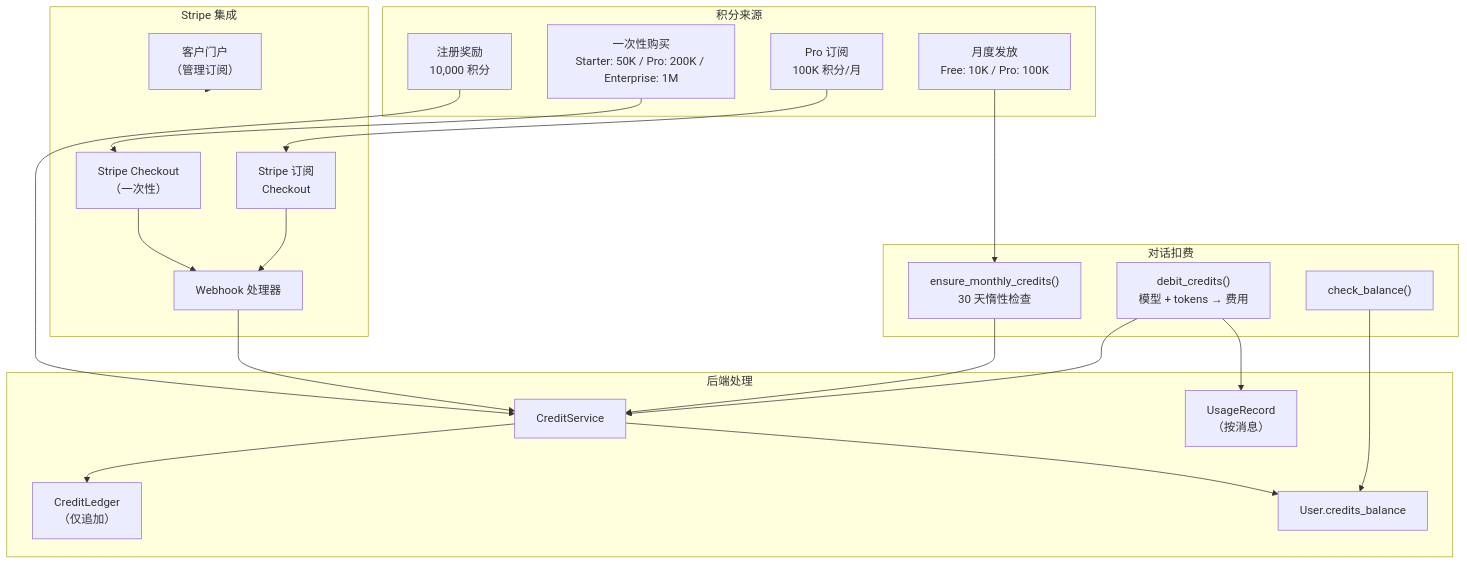
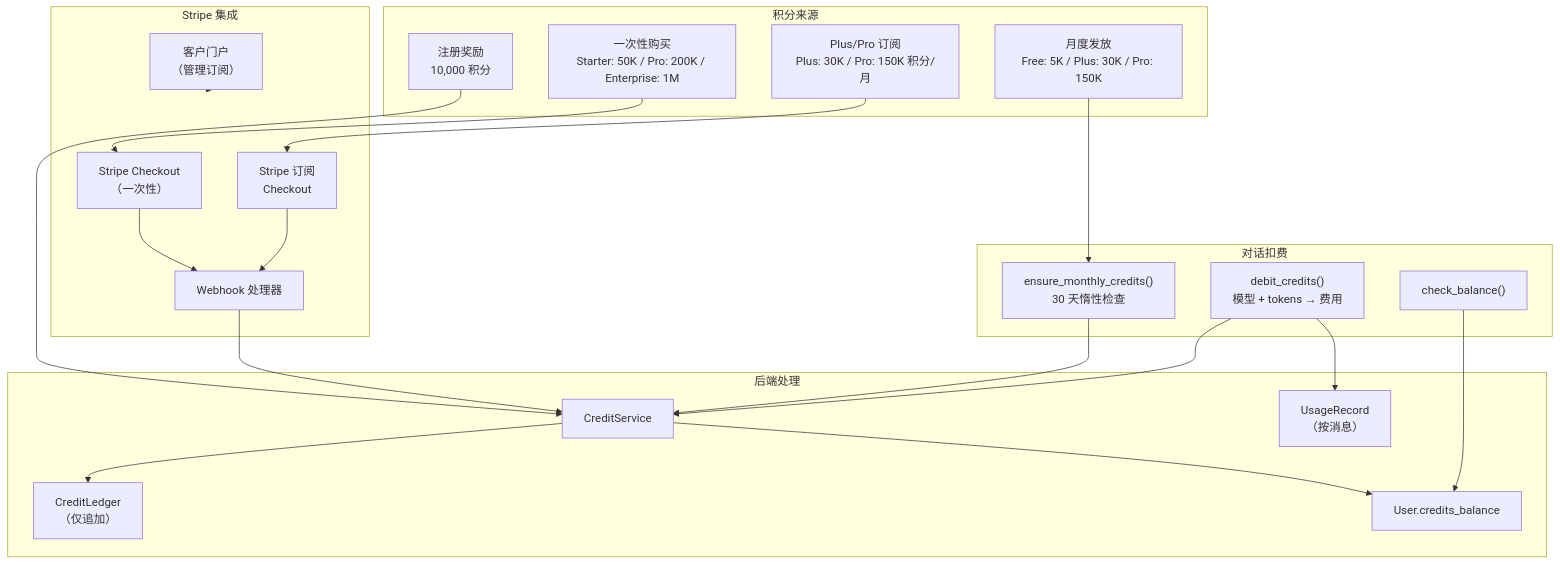
The fifth of 8 diagrams in docs/ARCHITECTURE.zh.md (Rswcf/DocTalk), drawn with Mermaid before and after one commit. The commit also changed other lines of this file and 52 other files, not shown here.

````diff
--- a/docs/ARCHITECTURE.zh.md
+++ b/docs/ARCHITECTURE.zh.md
@@ -257,43 +257,43 @@
 ```mermaid
 flowchart TB
     subgraph Sources["积分来源"]
         Signup["注册奖励<br/>10,000 积分"]
-        Monthly["月度发放<br/>Free: 10K / Pro: 100K"]
+        Monthly["月度发放<br/>Free: 5K / Plus: 30K / Pro: 150K"]
         Purchase["一次性购买<br/>Starter: 50K / Pro: 200K / Enterprise: 1M"]
-        Subscription["Pro 订阅<br/>100K 积分/月"]
+        Subscription["Plus/Pro 订阅<br/>Plus: 30K / Pro: 150K 积分/月"]
     end
 
     subgraph Stripe["Stripe 集成"]
         Checkout["Stripe Checkout<br/>（一次性）"]
         SubCheckout["Stripe 订阅<br/>Checkout"]
         Portal["客户门户<br/>（管理订阅）"]
         Webhook["Webhook 处理器"]
     end
 
     subgraph Backend["后端处理"]
         CreditService["CreditService"]
         Ledger["CreditLedger<br/>（仅追加）"]
         Balance["User.credits_balance"]
         UsageRecord["UsageRecord<br/>（按消息）"]
     end
 
     subgraph Chat["对话扣费"]
         EnsureMonthly["ensure_monthly_credits()<br/>30 天惰性检查"]
         CheckBalance["check_balance()"]
         Debit["debit_credits()<br/>模型 + tokens → 费用"]
     end
 
     Signup --> CreditService
     Monthly --> EnsureMonthly
     Purchase --> Checkout --> Webhook --> CreditService
     Subscription --> SubCheckout --> Webhook
     Portal --> Stripe
 
     CreditService --> Ledger
     CreditService --> Balance
 
     EnsureMonthly --> CreditService
     CheckBalance --> Balance
     Debit --> CreditService
     Debit --> UsageRecord
 ```
````
